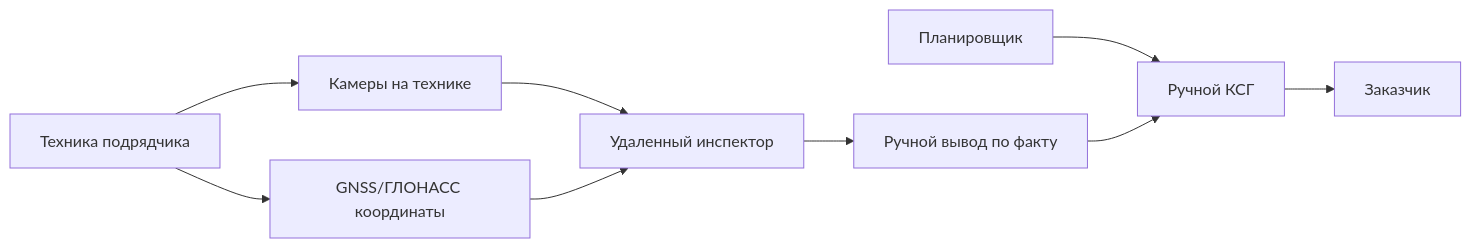
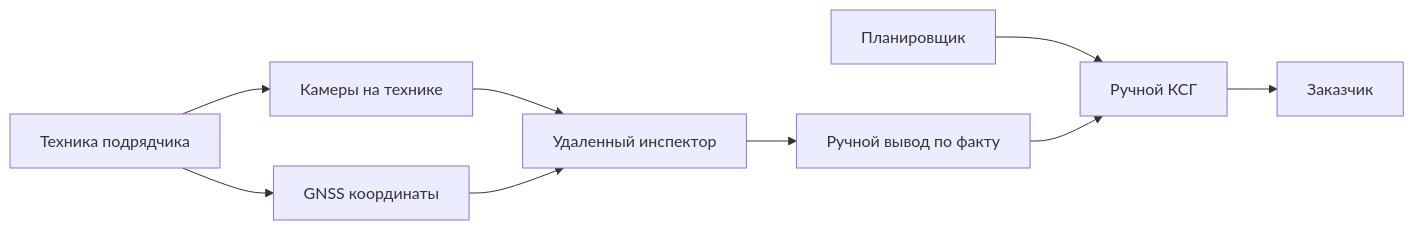
Before and after one commit to s21dlemanskiy/course-work: the diagram in 01-описание-системы.md, drawn with Mermaid. The commit also changed other lines of this file and 13 other files, not shown here.

````diff
--- a/01-описание-системы.md
+++ b/01-описание-системы.md
@@ -75,11 +75,11 @@
 ```mermaid
 flowchart LR
     Planner[Планировщик] --> KSG[Ручной КСГ]
-    Equipment[Техника подрядчика] --> GNSS[GNSS/ГЛОНАСС координаты]
+    Equipment[Техника подрядчика] --> GNSS[GNSS координаты]
     Equipment --> Cameras[Камеры на технике]
     Cameras --> RemoteInspector[Удаленный инспектор]
     GNSS --> RemoteInspector
     RemoteInspector --> Decision[Ручной вывод по факту]
     Decision --> KSG
     KSG --> Customer[Заказчик]
 ```
````
